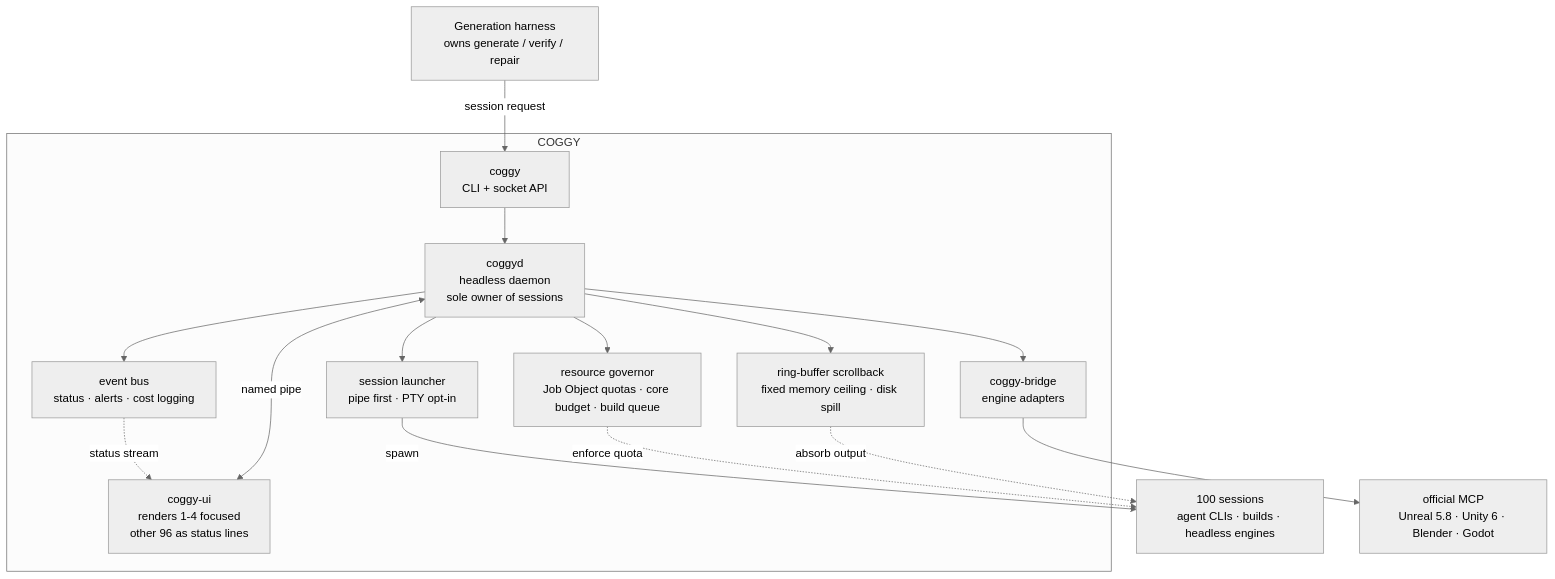
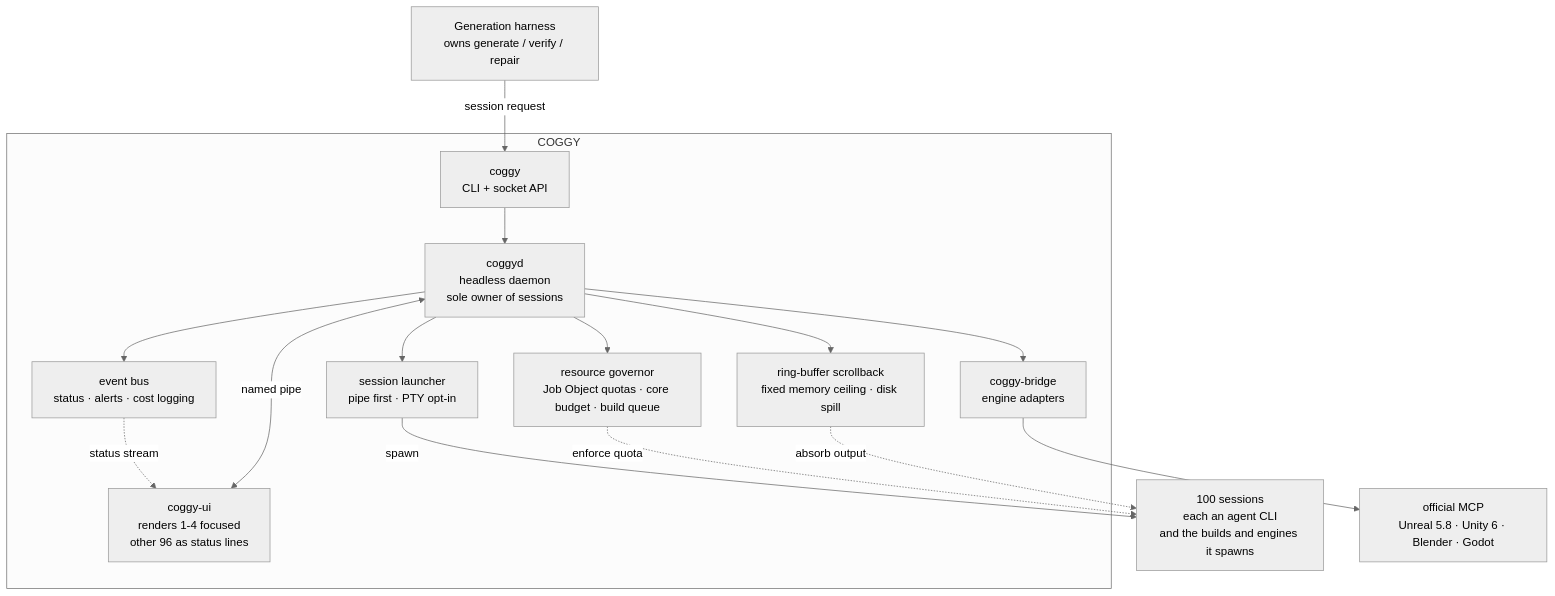
Before and after one commit to DaedalGames/coggy: the diagram in docs/PLAN.md, drawn with Mermaid (neutral theme). The commit also changed 1 other file, not shown here.

Commit message:
docs: pin what a session is, since the frozen ceiling divides by it
- State in the G0 record that a session is one process COGGY spawns plus everything it spawns in turn, which is why the agent CLI and the engine share one budget: job object membership is inherited downward, so the kernel groups them and the instrument follows
- Say what the other reading costs, because reading the two halves as separate sessions puts the ceiling at 11.7 rather than 9
- Redraw the architecture node that listed agent CLIs, builds and engines as three parallel kinds, which invited exactly that reading

````diff
--- a/docs/PLAN.md
+++ b/docs/PLAN.md
@@ -144,32 +144,32 @@
 ```mermaid
 graph TD
   H["Generation harness<br/>owns generate / verify / repair"]
 
   subgraph CG["COGGY"]
     C["coggy<br/>CLI + socket API"]
     D["coggyd<br/>headless daemon<br/>sole owner of sessions"]
     L["session launcher<br/>pipe first · PTY opt-in"]
     R["ring-buffer scrollback<br/>fixed memory ceiling · disk spill"]
     G["resource governor<br/>Job Object quotas · core budget · build queue"]
     E["event bus<br/>status · alerts · cost logging"]
     B["coggy-bridge<br/>engine adapters"]
     U["coggy-ui<br/>renders 1-4 focused<br/>other 96 as status lines"]
   end
 
-  S["100 sessions<br/>agent CLIs · builds · headless engines"]
+  S["100 sessions<br/>each an agent CLI<br/>and the builds and engines it spawns"]
   M["official MCP<br/>Unreal 5.8 · Unity 6 · Blender · Godot"]
 
   H -->|"session request"| C
   C --> D
   U <-->|"named pipe"| D
   D --> L
   D --> R
   D --> G
   D --> E
   D --> B
   L -->|"spawn"| S
   G -.->|"enforce quota"| S
   R -.->|"absorb output"| S
   E -.->|"status stream"| U
   B --> M
 ```
````
